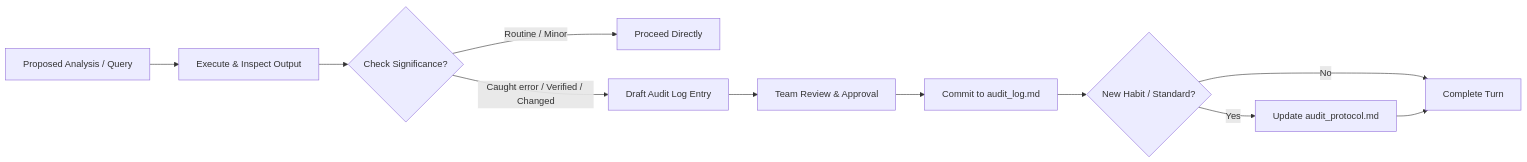
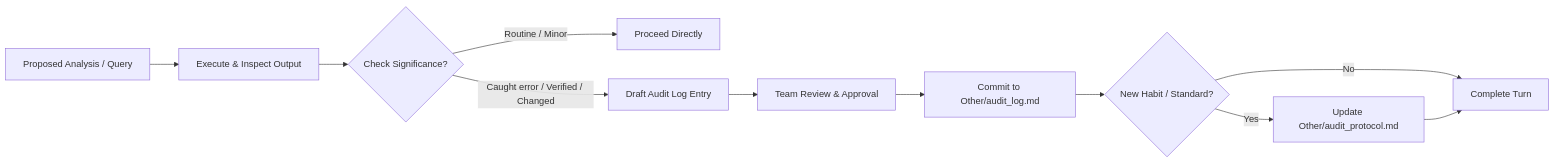
Before and after one commit to nerlyndave/busm410-optimuspride: the diagram in other/audit_protocol.md, drawn with Mermaid. The commit also changed other lines of this file and 20 other files, not shown here.

Commit message:
CP1: gap charter, findings, SQL, chart, and audit updates

````diff
--- a/other/audit_protocol.md
+++ b/other/audit_protocol.md
@@ -88,13 +112,13 @@
 ```mermaid
 flowchart LR
     A["Proposed Analysis / Query"] --> B["Execute & Inspect Output"]
     B --> C{"Check Significance?"}
     C -- "Routine / Minor" --> D["Proceed Directly"]
     C -- "Caught error / Verified / Changed" --> E["Draft Audit Log Entry"]
     E --> F["Team Review & Approval"]
-    F --> G["Commit to audit_log.md"]
+    F --> G["Commit to Other/audit_log.md"]
     G --> H{"New Habit / Standard?"}
-    H -- Yes --> I["Update audit_protocol.md"]
+    H -- Yes --> I["Update Other/audit_protocol.md"]
     H -- No --> J["Complete Turn"]
     I --> J
 ```
````
